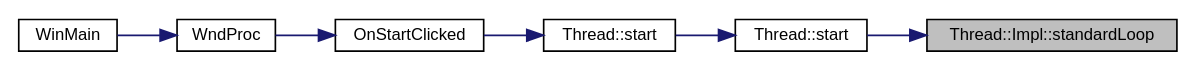
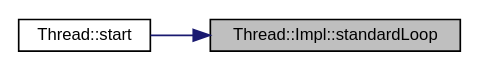
The diagram in docs/struct_thread_1_1_impl_a0164f5b95922ac969d1d81914e5d5eb9_icgraph.dot (kokolorix/TheSimplestCPP), drawn with Graphviz before and after one commit. The commit also changed 289 other files, not shown here.

```diff
--- a/docs/struct_thread_1_1_impl_a0164f5b95922ac969d1d81914e5d5eb9_icgraph.dot
+++ b/docs/struct_thread_1_1_impl_a0164f5b95922ac969d1d81914e5d5eb9_icgraph.dot
@@ -1,19 +1,11 @@
 digraph "Thread::Impl::standardLoop"
 {
  // INTERACTIVE_SVG=YES
  // LATEX_PDF_SIZE
   edge [fontname="Helvetica",fontsize="10",labelfontname="Helvetica",labelfontsize="10"];
   node [fontname="Helvetica",fontsize="10",shape=record];
   rankdir="RL";
   Node1 [label="Thread::Impl::standardLoop",height=0.2,width=0.4,color="black", fillcolor="grey75", style="filled", fontcolor="black",tooltip="The normally used processing loop of a background thread."];
   Node1 -> Node2 [dir="back",color="midnightblue",fontsize="10",style="solid",fontname="Helvetica"];
   Node2 [label="Thread::start",height=0.2,width=0.4,color="black", fillcolor="white", style="filled",URL="$class_thread.html#a1f53ee62bd30a7924186ef26150ce262",tooltip="Starts the Thread with Thread::Impl::standardLoop."];
-  Node2 -> Node3 [dir="back",color="midnightblue",fontsize="10",style="solid",fontname="Helvetica"];
-  Node3 [label="Thread::start",height=0.2,width=0.4,color="black", fillcolor="white", style="filled",URL="$class_thread.html#ada9adb041744058adc9abb1744e86c5d",tooltip="The code that will be executed, after the new Thread is started."];
-  Node3 -> Node4 [dir="back",color="midnightblue",fontsize="10",style="solid",fontname="Helvetica"];
-  Node4 [label="OnStartClicked",height=0.2,width=0.4,color="black", fillcolor="white", style="filled",URL="$main_8cpp.html#abdf0523e10fae27868b24d21a841e926",tooltip="All the magic is here :-)"];
-  Node4 -> Node5 [dir="back",color="midnightblue",fontsize="10",style="solid",fontname="Helvetica"];
-  Node5 [label="WndProc",height=0.2,width=0.4,color="black", fillcolor="white", style="filled",URL="$main_8cpp.html#a30a1e3b0304f1b083637664cbda94e72",tooltip="The declaration of the main message processing function."];
-  Node5 -> Node6 [dir="back",color="midnightblue",fontsize="10",style="solid",fontname="Helvetica"];
-  Node6 [label="WinMain",height=0.2,width=0.4,color="black", fillcolor="white", style="filled",URL="$main_8cpp.html#a946cd7d17bf6760d82ded70909de9a6d",tooltip="The beginning of everything."];
 }
```
